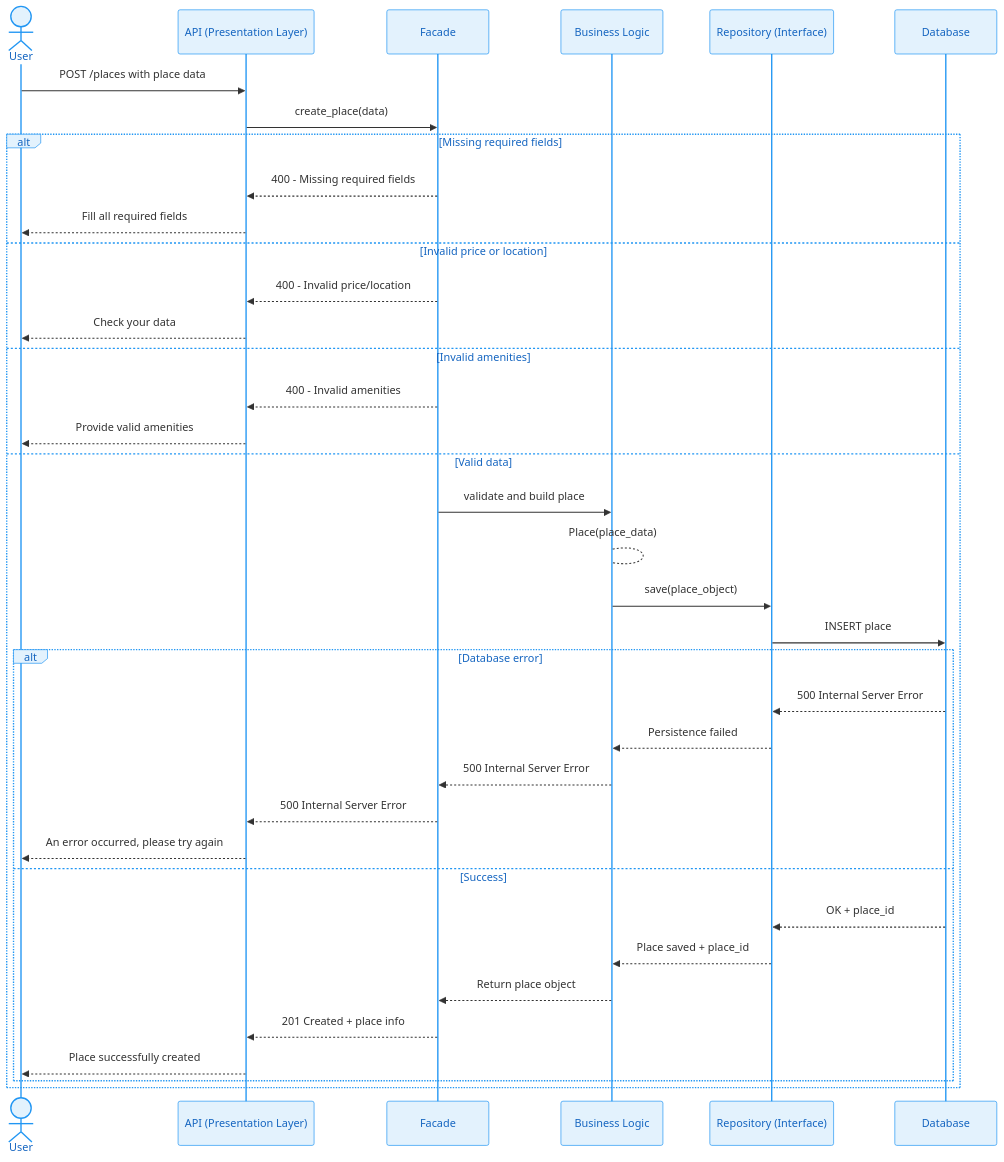
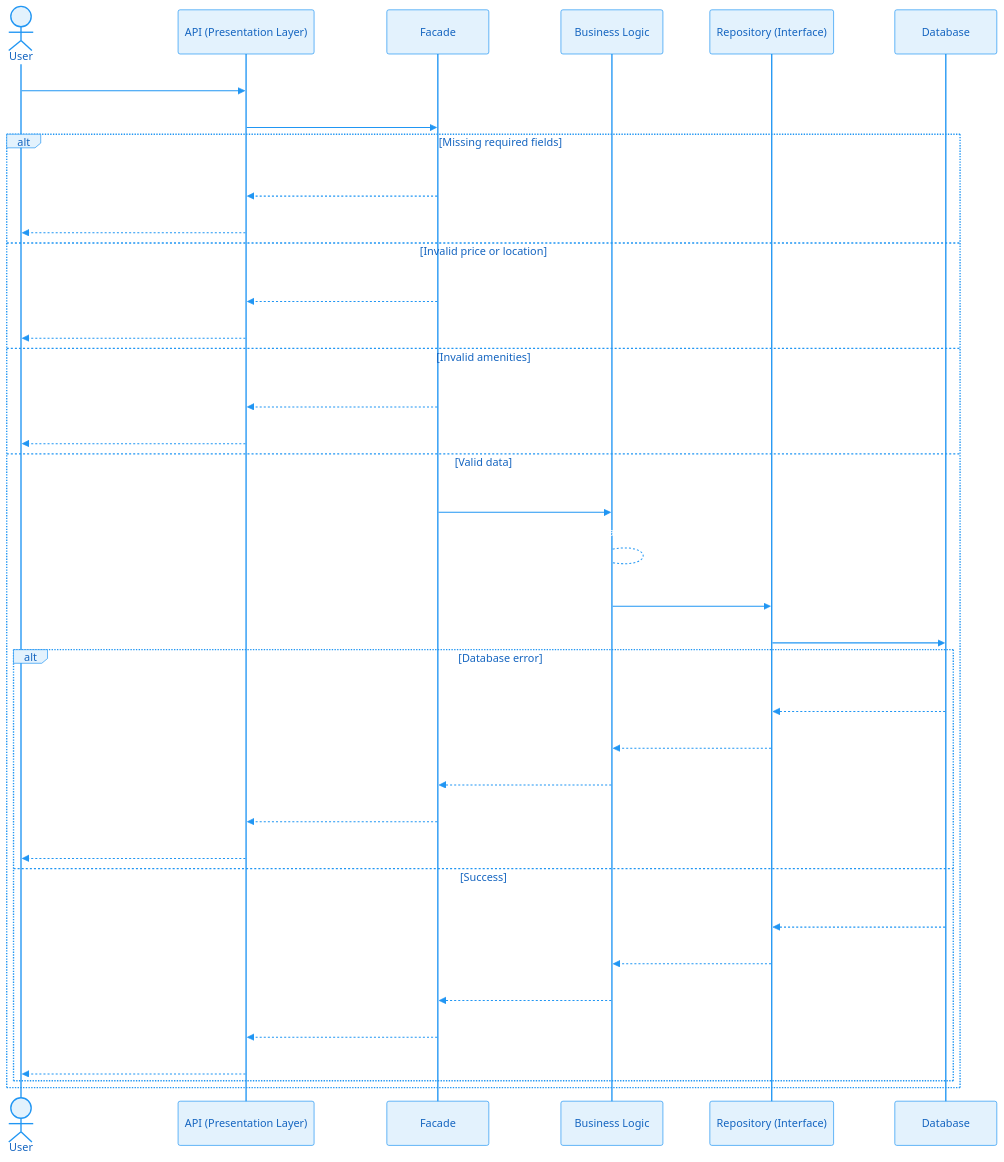
The second of 4 diagrams in Part1/API_Calls_diagrams.md (ValentinDLC/HolbertonSchool-Hbnb), drawn with Mermaid before and after one commit. The commit also changed other lines of this file, not shown here.

Commit message:
Style: add professional blue theme to sequence diagrams

````diff
--- a/Part1/API_Calls_diagrams.md
+++ b/Part1/API_Calls_diagrams.md
@@ -62,53 +65,56 @@
 ```mermaid
 %%{init: {'theme':'base', 'themeVariables': {
   'actorBkg':'#E3F2FD',
   'actorBorder':'#2196F3',
-  'actorTextColor':'#1565C0',
-  'noteBkgColor':'#FFF9C4',
-  'noteBorderColor':'#FBC02D'
+  'primaryColor':'#E3F2FD',
+  'primaryBorderColor':'#2196F3',
+  'primaryTextColor':'#1565C0',
+  'signalColor':'#2196F3',
+  'signalTextColor':'#FFFFFF',
+  'labelTextColor':'#1565C0'
 }}}%%
 sequenceDiagram
     %% Layers:
     %% Presentation: User, API
     %% Business Logic: Facade, PlaceLogic, Repository
     %% Persistence: Database
 
     actor User
     participant API as API (Presentation Layer)
     participant Facade as Facade
     participant PlaceLogic as Business Logic
     participant Repository as Repository (Interface)
     participant Database as Database
 
     User ->> API: POST /places with place data
     API ->> Facade: create_place(data)
 
     alt Missing required fields
         Facade -->> API: 400 - Missing required fields
         API -->> User: Fill all required fields
     else Invalid price or location
         Facade -->> API: 400 - Invalid price/location
         API -->> User: Check your data
     else Invalid amenities
         Facade -->> API: 400 - Invalid amenities
         API -->> User: Provide valid amenities
     else Valid data
         Facade ->> PlaceLogic: validate and build place
         PlaceLogic --> PlaceLogic: Place(place_data)
         PlaceLogic ->> Repository: save(place_object)
         Repository ->> Database: INSERT place
         alt Database error
             Database -->> Repository: 500 Internal Server Error
             Repository -->> PlaceLogic: Persistence failed
             PlaceLogic -->> Facade: 500 Internal Server Error
             Facade -->> API: 500 Internal Server Error
             API -->> User: An error occurred, please try again
         else Success
             Database -->> Repository: OK + place_id
             Repository -->> PlaceLogic: Place saved + place_id
             PlaceLogic -->> Facade: Return place object
             Facade -->> API: 201 Created + place info
             API -->> User: Place successfully created
         end
     end
 ```
````
